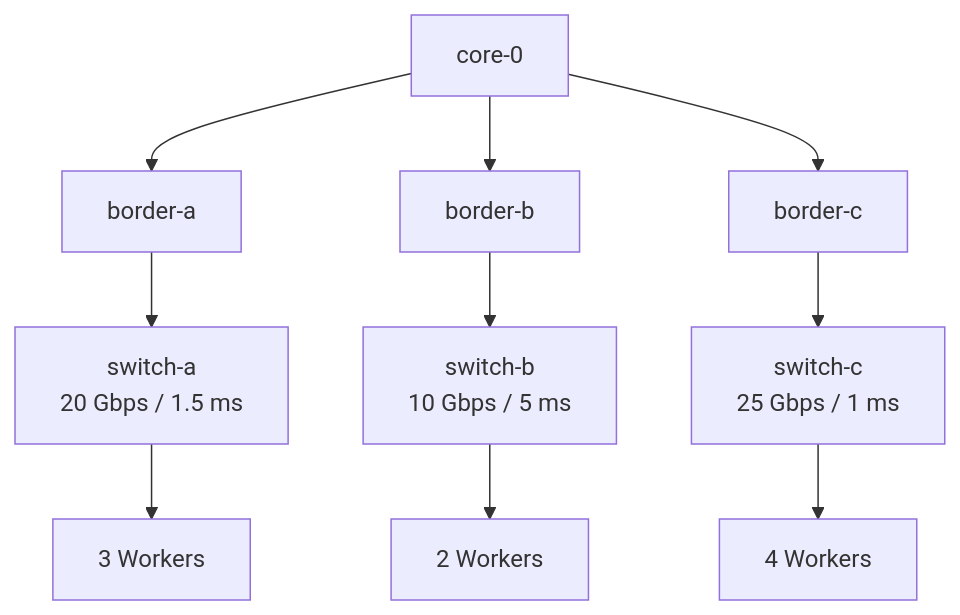
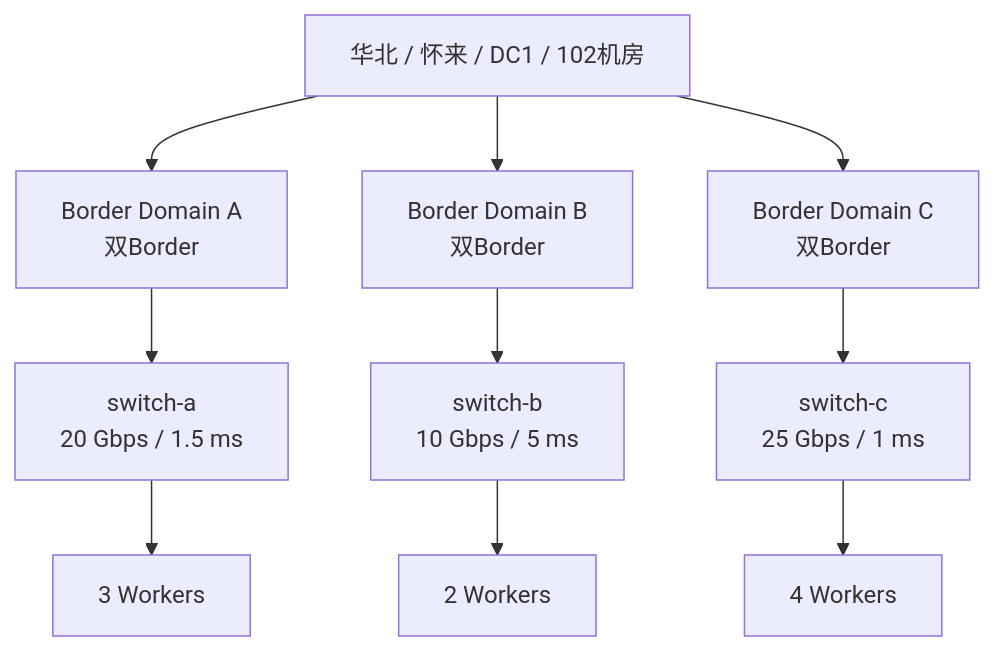
The second of 4 diagrams in docs/NGD-NGG两层调度项目技术说明-当前版.md (ghwdsl-38/ngd-ngg-scheduling), drawn with Mermaid before and after one commit. The commit also changed other lines of this file and 101 other files, not shown here.

Commit message:
feat: add Unicom border-domain topology scheduling

````diff
--- a/docs/NGD-NGG两层调度项目技术说明-当前版.md
+++ b/docs/NGD-NGG两层调度项目技术说明-当前版.md
@@ -265,17 +265,17 @@
 ```mermaid
 flowchart TB
-    C[core-0]
-    BA[border-a]
-    BB[border-b]
-    BC[border-c]
+    R[华北 / 怀来 / DC1 / 102机房]
+    BA[Border Domain A<br/>双Border]
+    BB[Border Domain B<br/>双Border]
+    BC[Border Domain C<br/>双Border]
     LA[switch-a<br/>20 Gbps / 1.5 ms]
     LB[switch-b<br/>10 Gbps / 5 ms]
     LC[switch-c<br/>25 Gbps / 1 ms]
 
-    C --> BA --> LA
-    C --> BB --> LB
-    C --> BC --> LC
+    R --> BA --> LA
+    R --> BB --> LB
+    R --> BC --> LC
     LA --> A[3 Workers]
     LB --> B[2 Workers]
     LC --> D[4 Workers]
 ```
````
